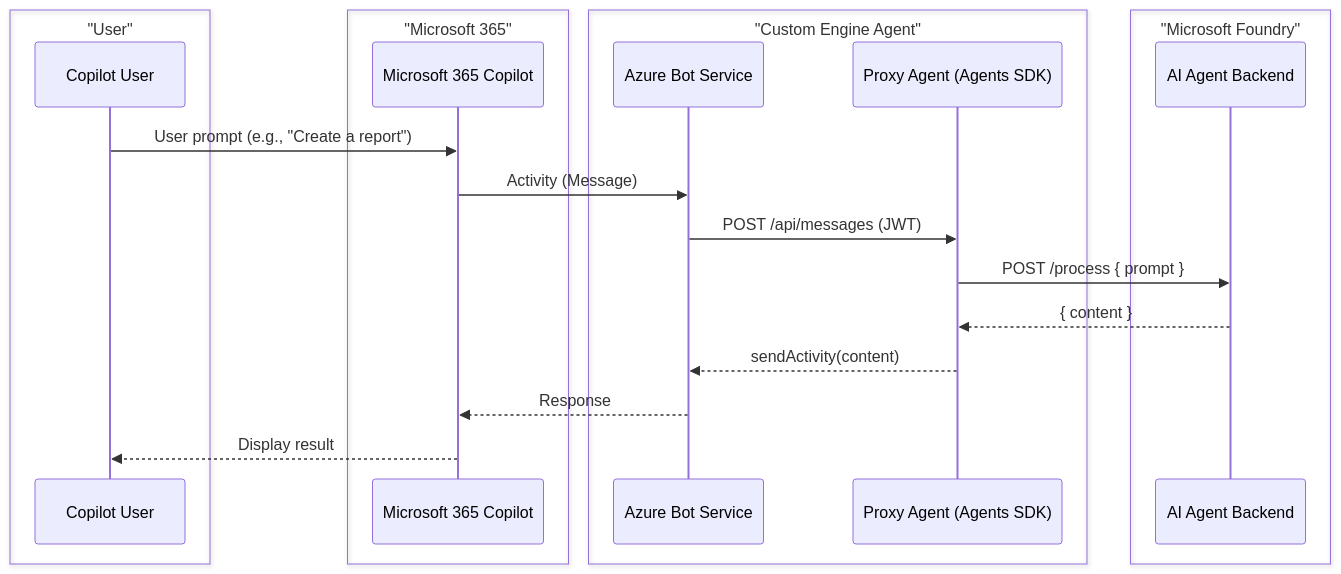
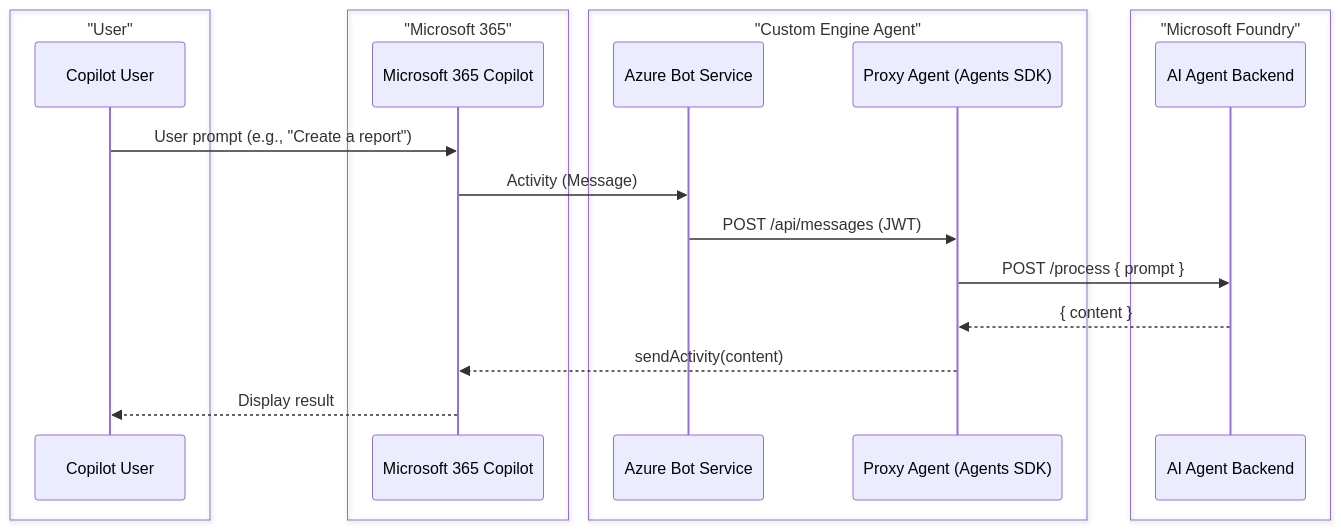
One commit to ericsche/ProxyAgent-CSharp changed the diagram in README.md. Above: the diagram before and after it, drawn with Mermaid. The commit also changed other lines of this file, not shown here.

Commit message:
Various update for documentation

````diff
--- a/README.md
+++ b/README.md
@@ -19,30 +19,29 @@
 ```mermaid
 sequenceDiagram
     %% Groups
     box "User"
         participant U as Copilot User
     end
 
     box "Microsoft 365"
         participant M as Microsoft 365 Copilot
     end
 
     box "Custom Engine Agent"
         participant B as Azure Bot Service
         participant P as Proxy Agent (Agents SDK)
     end
 
     box "Microsoft Foundry"
         participant A as AI Agent Backend
     end
 
     %% Flow
     U->>M: User prompt (e.g., "Create a report")
     M->>B: Activity (Message)
     B->>P: POST /api/messages (JWT)
     P->>A: POST /process { prompt }
     A-->>P: { content }
-    P-->>B: sendActivity(content)
-    B-->>M: Response
+    P-->>M: sendActivity(content)
     M-->>U: Display result
 ```
````
